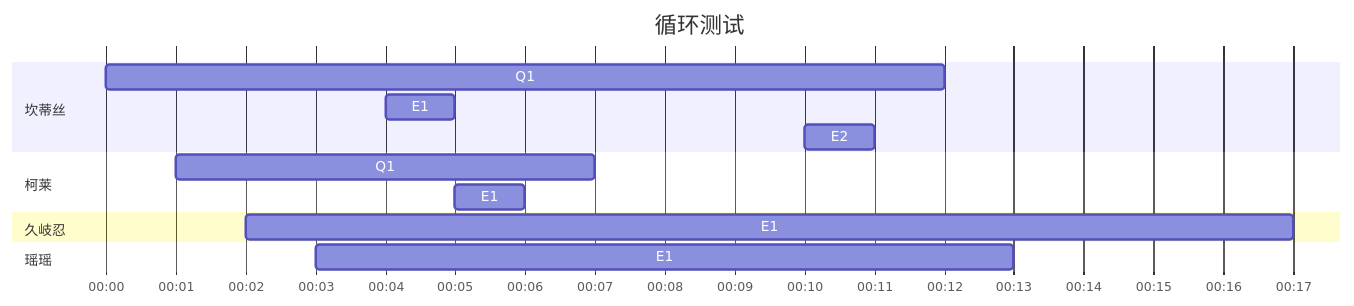
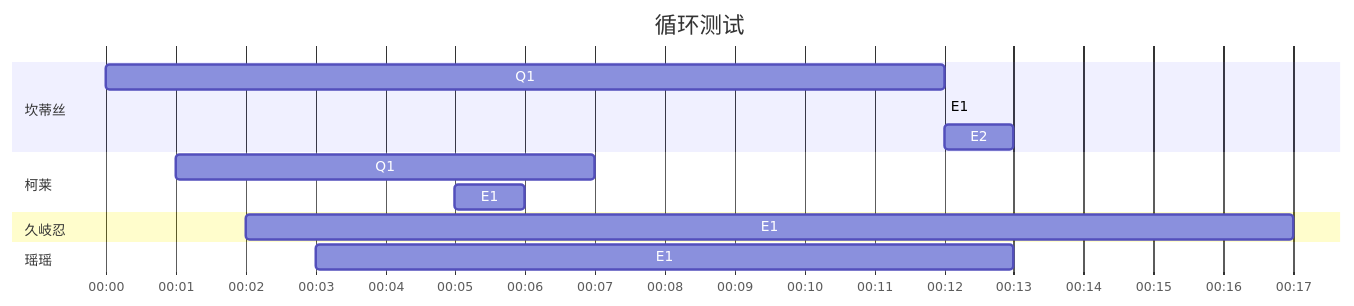
The second of 2 diagrams in _drafts/2022-1.md (JiYouMCC/JiYouMCC.github.io), drawn with Mermaid before and after one commit.

````diff
--- a/_drafts/2022-1.md
+++ b/_drafts/2022-1.md
@@ -21,21 +21,21 @@
 ```mermaid
 gantt
     title 循环测试
     axisFormat %M:%S
     todayMarker off
     
     section 坎蒂丝
     Q1   :    2023-01-29 12:00:00, 12s
-    E1   :    2023-01-29 12:00:04, 1s
-    E2   :    2023-01-29 12:00:10, 1s
+    E1   :    2023-01-29 12:00:06 1s
+    E2   :    2023-01-29 12:00:12, 1s
     
     section 柯莱
     Q1   :    2023-01-29 12:00:01, 6s
     E1   :    2023-01-29 12:00:05, 1s
     
     section 久岐忍
     E1   :    2023-01-29 12:00:02, 15s
     
     section 瑶瑶
     E1   :    2023-01-29 12:00:03, 10s
 ```
````
